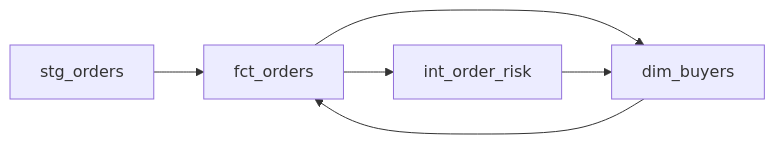
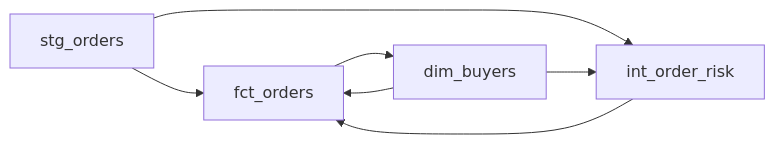
The first of 2 diagrams in PRESENTATION.md (MoeinT/luxury-marketplace-analytics), drawn with Mermaid before and after one commit. The commit also changed other lines of this file and 1 other file, not shown here.

````diff
--- a/PRESENTATION.md
+++ b/PRESENTATION.md
@@ -114,8 +118,9 @@
 ```mermaid
 graph LR
   O[stg_orders] --> F[fct_orders]
-  F --> R[int_order_risk]
+  O --> R[int_order_risk]
   F --> B[dim_buyers]
-  R --> B[dim_buyers]
+  B --> R
   B --> F
+  R --> F
 ```
````
